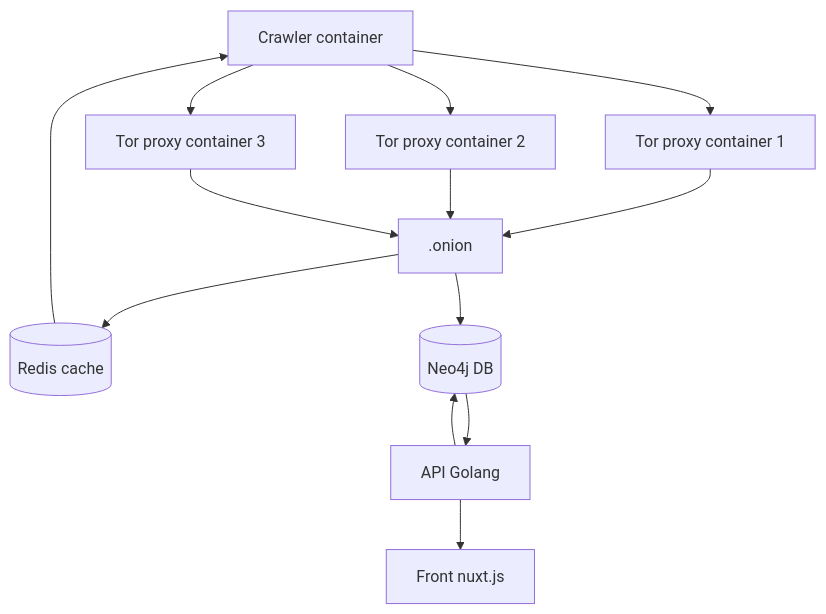
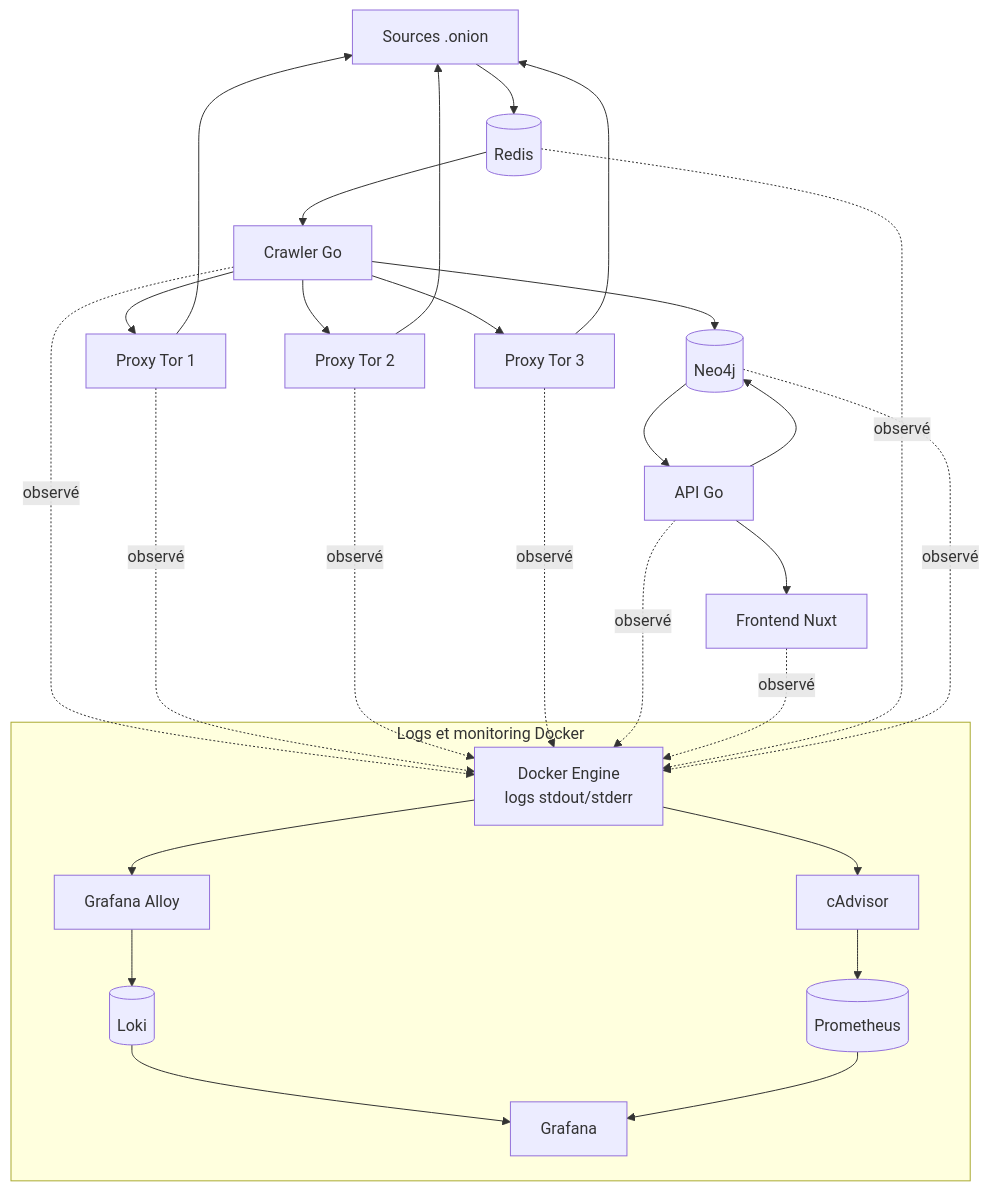
Before and after one commit to S-rvo/BlueWhiteThreat: the first of 2 diagrams in README.md, drawn with Mermaid. The commit also changed other lines of this file and 15 other files, not shown here.

Commit message:
feat: add centralized Docker monitoring and documentation

````diff
--- a/README.md
+++ b/README.md
@@ -23,27 +29,24 @@
 ```mermaid
 flowchart TB
-crawler["Crawler container"]
+    onion["Sources .onion"] --> redis[(Redis)] --> crawler["Crawler Go"]
+    crawler --> tor1["Proxy Tor 1"] --> onion
+    crawler --> tor2["Proxy Tor 2"] --> onion
+    crawler --> tor3["Proxy Tor 3"] --> onion
+    crawler --> neo4j[(Neo4j)]
+    api["API Go"] --> front["Frontend Nuxt"]
+    api --> neo4j --> api
 
-crawler --> tor1["Tor proxy container 1"] 
-crawler --> tor2["Tor proxy container 2"] 
-crawler --> tor3["Tor proxy container 3"] 
+    subgraph OBS["Logs et monitoring Docker"]
+        docker["Docker Engine\nlogs stdout/stderr"] --> alloy["Grafana Alloy"] --> loki[(Loki)] --> grafana["Grafana"]
+        docker --> cadvisor["cAdvisor"] --> prometheus[(Prometheus)] --> grafana
+    end
 
-.onion[".onion"]
-
-.onion --> redis --> crawler
-
-tor1 --> .onion
-tor2 --> .onion
-tor3 --> .onion
-
-.onion --> neo4j
-
-api["API Golang"]
-front["Front nuxt.js"]
-
-api --> front
-api --> neo4j[(Neo4j DB)] --> api
-
-redis[(Redis cache)]
-
+    crawler -. observé .-> docker
+    tor1 -. observé .-> docker
+    tor2 -. observé .-> docker
+    tor3 -. observé .-> docker
+    api -. observé .-> docker
+    front -. observé .-> docker
+    redis -. observé .-> docker
+    neo4j -. observé .-> docker
 ```
````
